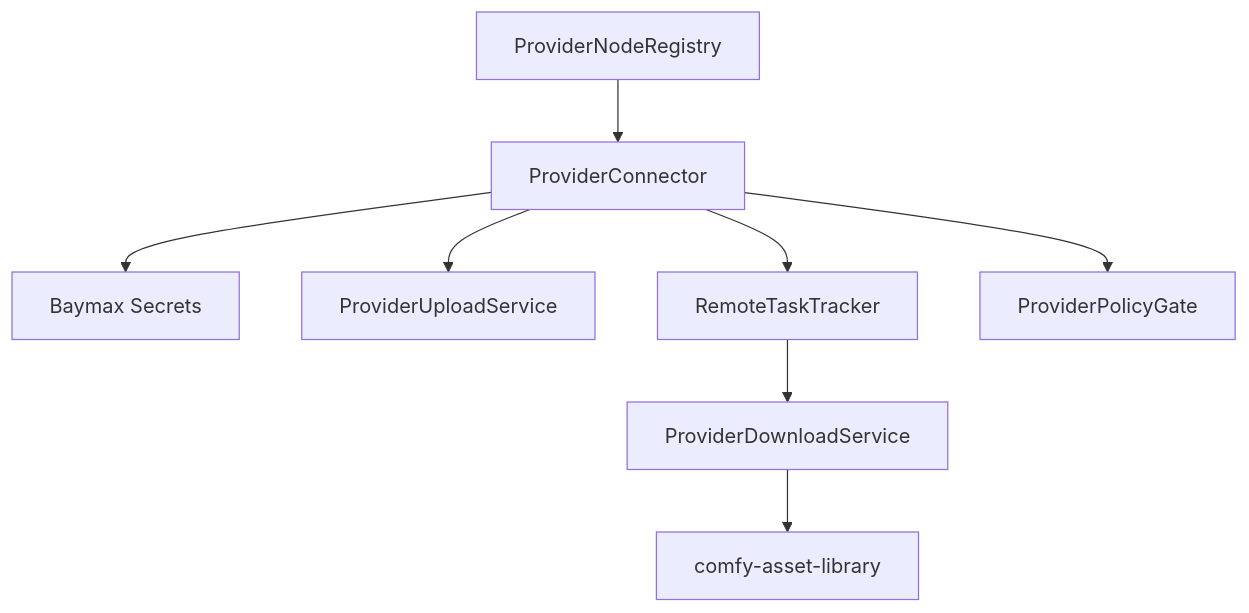
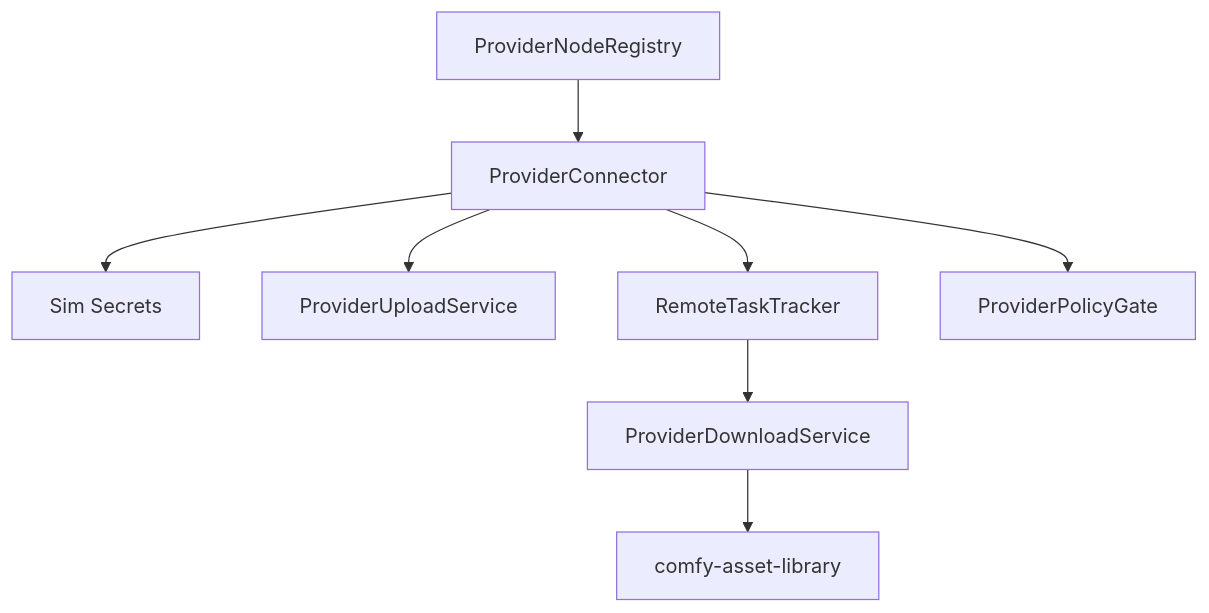
Before and after one commit to imagineerings/xor: the diagram in .agents/specs/godot-migration/comfy-api-provider-nodes/design.md, drawn with Mermaid. The commit also changed other lines of this file and 1952 other files, not shown here.

Commit message:
chore: rename from baymax to sim (#61)

````diff
--- a/.agents/specs/godot-migration/comfy-api-provider-nodes/design.md
+++ b/.agents/specs/godot-migration/comfy-api-provider-nodes/design.md
@@ -9,10 +9,10 @@
 ```mermaid
 flowchart TD
     Registry[ProviderNodeRegistry] --> Connector[ProviderConnector]
-    Connector --> Secrets[Baymax Secrets]
+    Connector --> Secrets[Sim Secrets]
     Connector --> Upload[ProviderUploadService]
     Connector --> Remote[RemoteTaskTracker]
     Remote --> Download[ProviderDownloadService]
     Download --> Assets[comfy-asset-library]
     Connector --> Policy[ProviderPolicyGate]
 ```
````
